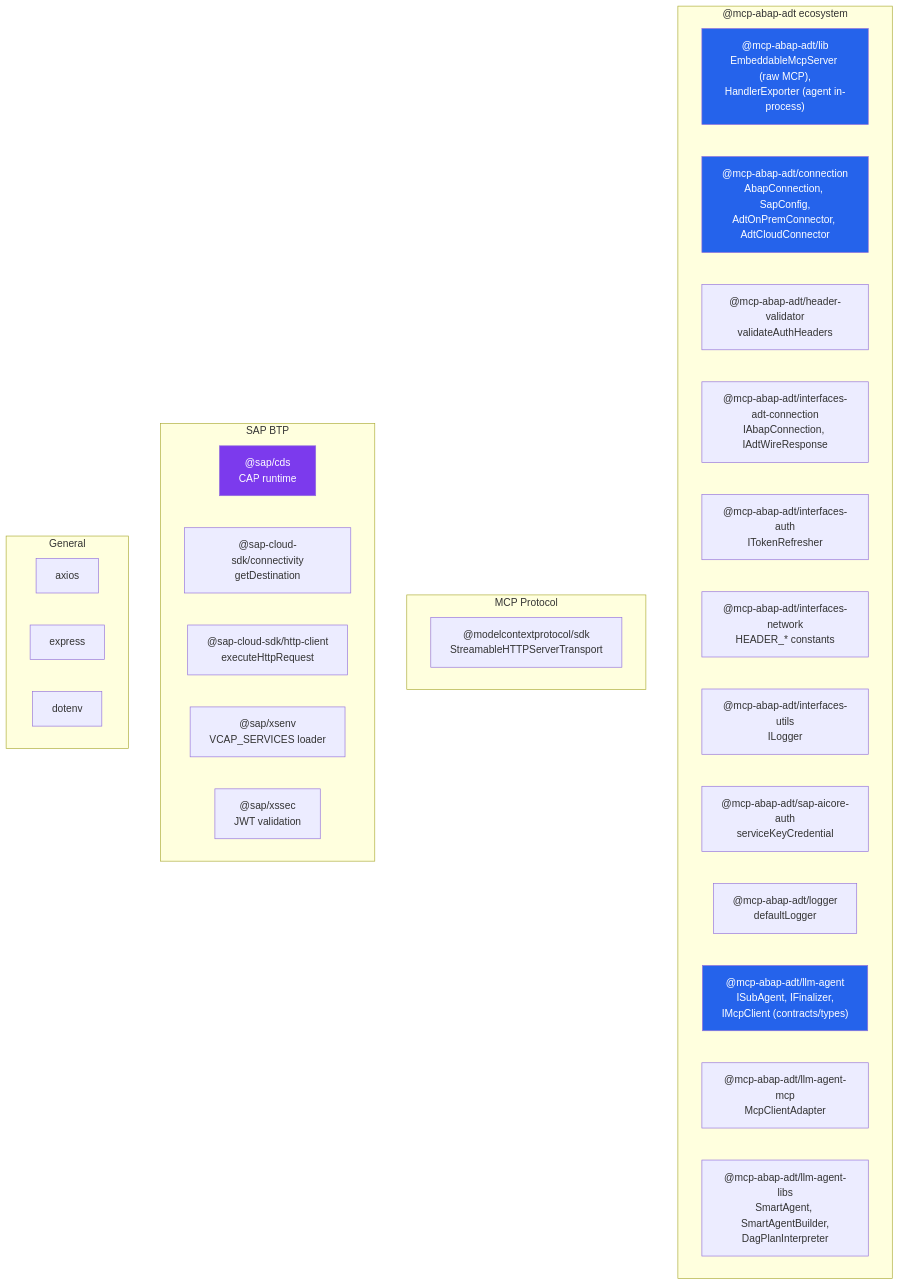
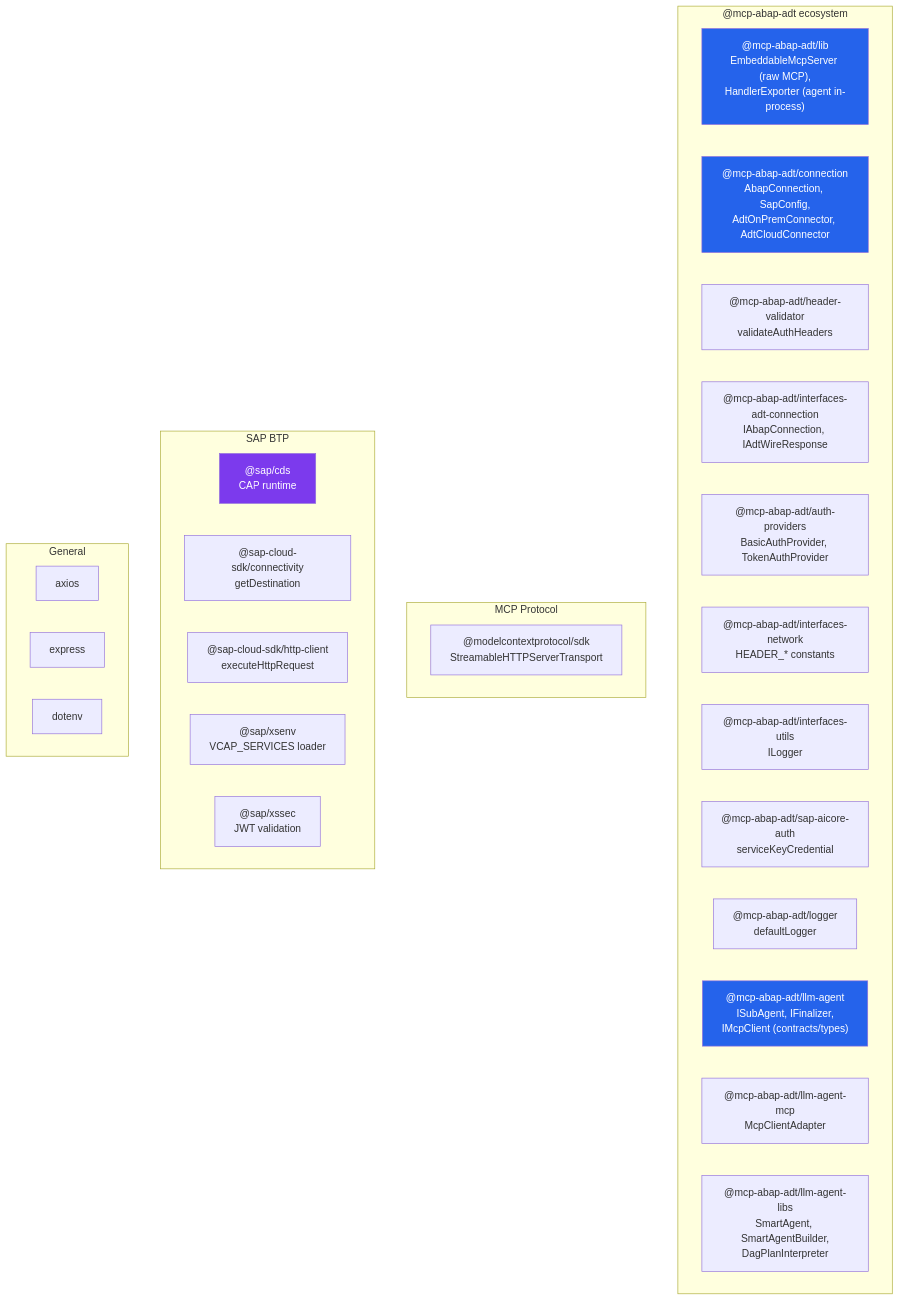
Diagram 20 of 24 in docs/architecture/ARCHITECTURE.md (fr0ster/cloud-llm-hub), drawn with Mermaid before and after one commit. The commit also changed other lines of this file and 48 other files, not shown here.

First line of the commit message:
feat!: @mcp-abap-adt/lib 16 / connection 10 — declared system type, responsible, session teardown (#5)

````diff
--- a/docs/architecture/ARCHITECTURE.md
+++ b/docs/architecture/ARCHITECTURE.md
@@ -1140,40 +1150,40 @@
 ```mermaid
 graph TB
     subgraph "@mcp-abap-adt ecosystem"
         CORE["@mcp-abap-adt/lib<br/>EmbeddableMcpServer (raw MCP),<br/>HandlerExporter (agent in-process)"]
         CONN_PKG["@mcp-abap-adt/connection<br/>AbapConnection, SapConfig,<br/>AdtOnPremConnector, AdtCloudConnector"]
         HV_PKG["@mcp-abap-adt/header-validator<br/>validateAuthHeaders"]
         IFACE_ADT["@mcp-abap-adt/interfaces-adt-connection<br/>IAbapConnection, IAdtWireResponse"]
-        IFACE_AUTH["@mcp-abap-adt/interfaces-auth<br/>ITokenRefresher"]
+        AUTH_PROVIDERS["@mcp-abap-adt/auth-providers<br/>BasicAuthProvider, TokenAuthProvider"]
         IFACE_NET["@mcp-abap-adt/interfaces-network<br/>HEADER_* constants"]
         IFACE_UTILS["@mcp-abap-adt/interfaces-utils<br/>ILogger"]
         AICORE_AUTH["@mcp-abap-adt/sap-aicore-auth<br/>serviceKeyCredential"]
         LOG_PKG["@mcp-abap-adt/logger<br/>defaultLogger"]
         LLM_PKG["@mcp-abap-adt/llm-agent<br/>ISubAgent, IFinalizer,<br/>IMcpClient (contracts/types)"]
         LLM_MCP_PKG["@mcp-abap-adt/llm-agent-mcp<br/>McpClientAdapter"]
         LLM_LIBS_PKG["@mcp-abap-adt/llm-agent-libs<br/>SmartAgent, SmartAgentBuilder,<br/>DagPlanInterpreter"]
     end
 
     subgraph "MCP Protocol"
         MCP_SDK["@modelcontextprotocol/sdk<br/>StreamableHTTPServerTransport"]
     end
 
     subgraph "SAP BTP"
         SAP_CDS["@sap/cds<br/>CAP runtime"]
         SAP_SDK_C["@sap-cloud-sdk/connectivity<br/>getDestination"]
         SAP_SDK_H["@sap-cloud-sdk/http-client<br/>executeHttpRequest"]
         SAP_XSENV["@sap/xsenv<br/>VCAP_SERVICES loader"]
         SAP_XSSEC["@sap/xssec<br/>JWT validation"]
     end
 
     subgraph "General"
         AXIOS["axios"]
         EXPRESS["express"]
         DOTENV["dotenv"]
     end
 
     style CORE fill:#2563eb,color:#fff
     style CONN_PKG fill:#2563eb,color:#fff
     style LLM_PKG fill:#2563eb,color:#fff
     style SAP_CDS fill:#7c3aed,color:#fff
 ```
````
